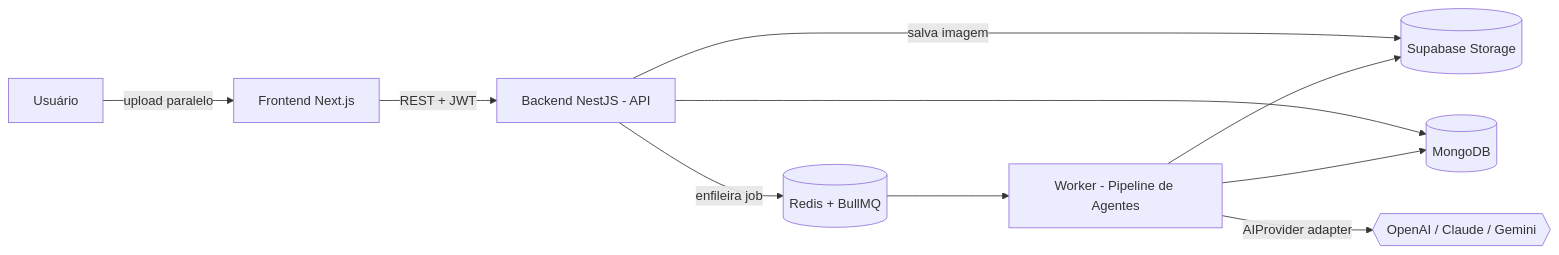
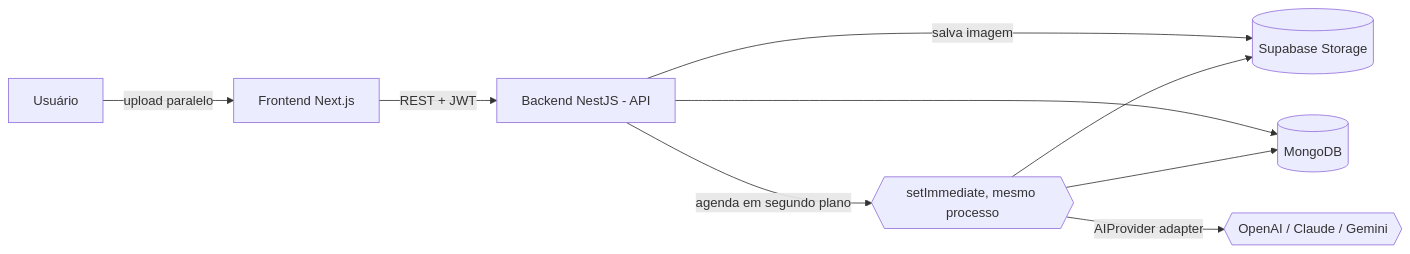
One commit to gutooz/tecno_plus changed the first of 2 diagrams in README.md. Above: the diagram before and after it, drawn with Mermaid. The commit also changed other lines of this file and 49 other files, not shown here.

````diff
--- a/README.md
+++ b/README.md
@@ -37,12 +36,11 @@
 ```mermaid
 flowchart LR
   U[Usuário] -->|upload paralelo| FE[Frontend Next.js]
   FE -->|REST + JWT| API[Backend NestJS - API]
   API -->|salva imagem| ST[(Supabase Storage)]
-  API -->|enfileira job| Q[(Redis + BullMQ)]
+  API -->|agenda em segundo plano| BG{{setImmediate, mesmo processo}}
   API --> DB[(MongoDB)]
-  Q --> W[Worker - Pipeline de Agentes]
-  W --> DB
-  W --> ST
-  W -->|AIProvider adapter| AI{{OpenAI / Claude / Gemini}}
+  BG --> DB
+  BG --> ST
+  BG -->|AIProvider adapter| AI{{OpenAI / Claude / Gemini}}
 ```
````
